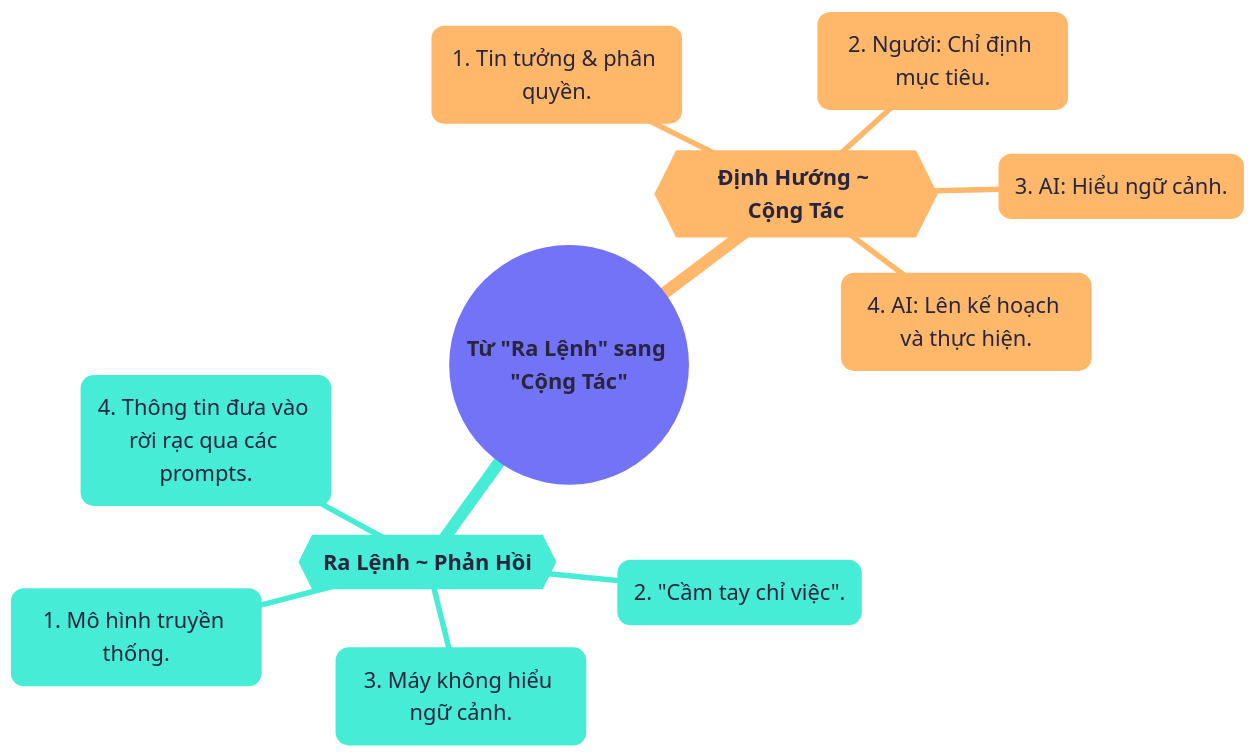
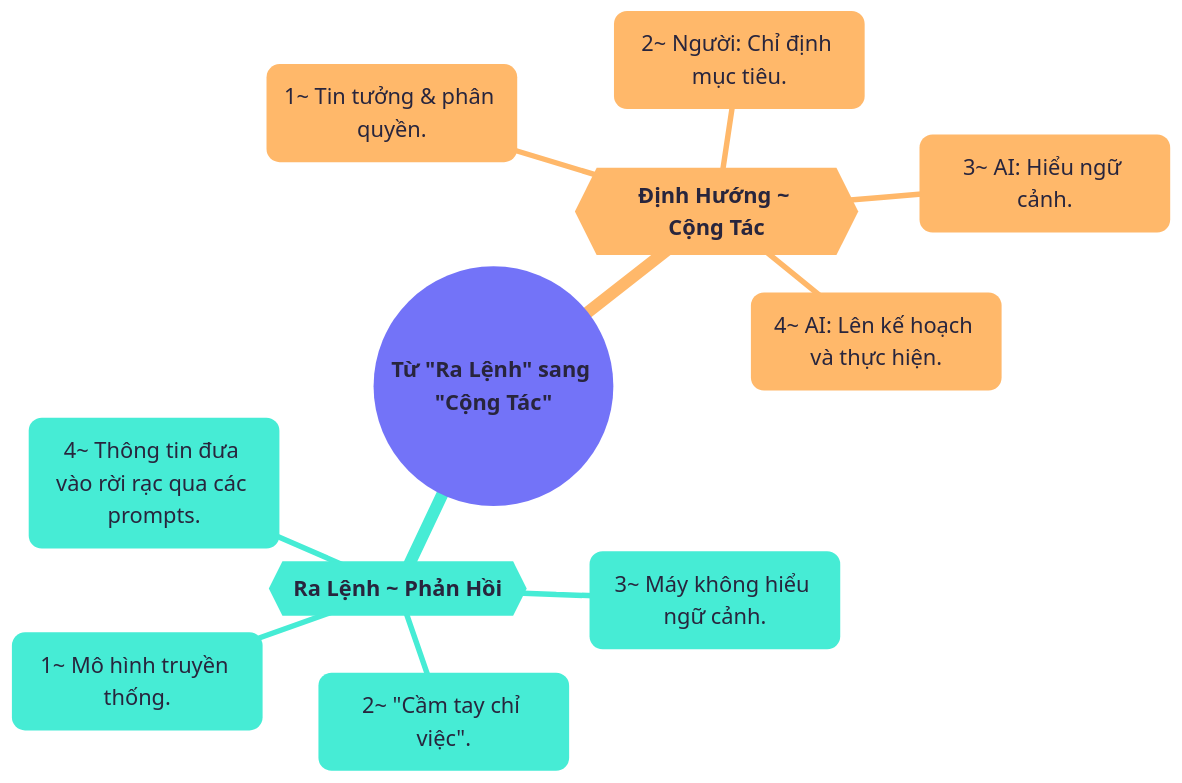
One commit to sam-uit/typst-report-template changed the diagram in content/diagrams/chapter04-ralenh-phanhoi.mmd. Above: the diagram before and after it, drawn with Mermaid.

```diff
--- a/content/diagrams/chapter04-ralenh-phanhoi.mmd
+++ b/content/diagrams/chapter04-ralenh-phanhoi.mmd
@@ -1,19 +1,19 @@
 ---
 config:
   theme: redux-color
   themeVariables:
     fontFamily: Google Sans
     fontSize: 20px
 ---
 mindmap
 ((**Từ "Ra Lệnh" sang "Cộng Tác"**))
   {{**Ra Lệnh ~ Phản Hồi**}}
-    1. Mô hình truyền thống.
-    2. "Cầm tay chỉ việc".
-    3. Máy không hiểu ngữ cảnh.
-    4. Thông tin đưa vào rời rạc qua các prompts.
+    1~ Mô hình truyền thống.
+    2~ "Cầm tay chỉ việc".
+    3~ Máy không hiểu ngữ cảnh.
+    4~ Thông tin đưa vào rời rạc qua các prompts.
   {{**Định Hướng ~ Cộng Tác**}}
-    1. Tin tưởng & phân quyền.
-    2. Người: Chỉ định mục tiêu.
-    3. AI: Hiểu ngữ cảnh.
-    4. AI: Lên kế hoạch và thực hiện.
+    1~ Tin tưởng & phân quyền.
+    2~ Người: Chỉ định mục tiêu.
+    3~ AI: Hiểu ngữ cảnh.
+    4~ AI: Lên kế hoạch và thực hiện.
```
